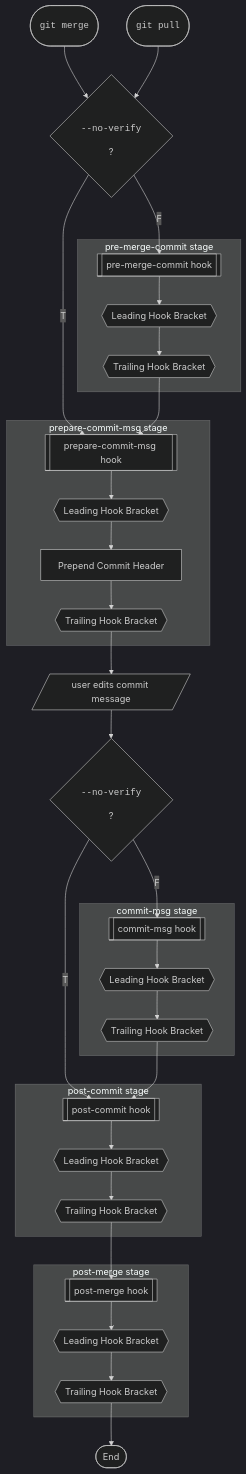
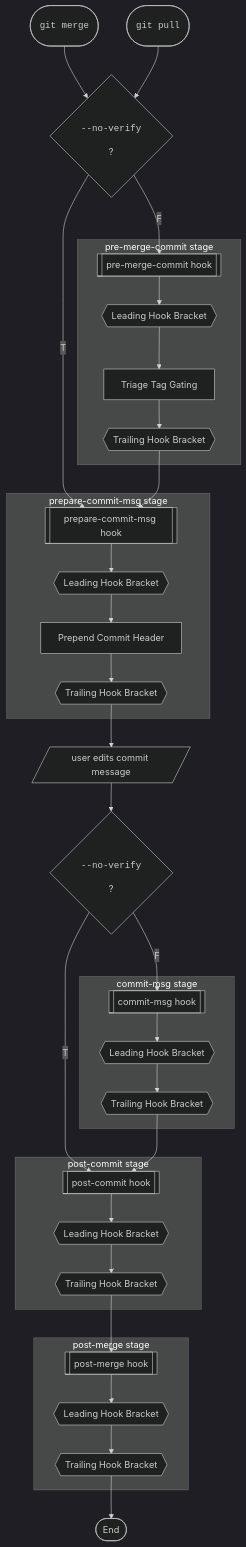
The second of 3 diagrams in docs/chain_doc.md (kami-lel/hupy), drawn with Mermaid (dark theme) before and after one commit. The commit also changed other lines of this file and 3 other files, not shown here.

First line of the commit message:
add triage tag gating to pre-merge commit stage

````diff
--- a/docs/chain_doc.md
+++ b/docs/chain_doc.md
@@ -171,47 +171,48 @@
 ```mermaid
 flowchart TD
     A1([<pre><code>git merge</code></pre>])
     A2([<pre><code>git pull</code></pre>])
 
     G{<pre><code>--no-verify</code></pre>?}
 
     A1 --> G
     A2 --> G
 
     subgraph premerge [pre-merge-commit stage]
         C[[pre-merge-commit hook]] --> C1{{Leading Hook Bracket}}
-        C1 --> C2{{Trailing Hook Bracket}}
+        C1 --> Cttg[Triage Tag Gating]
+        Cttg --> C2{{Trailing Hook Bracket}}
     end
     G -->|F| C
 
     subgraph preparemsg [prepare-commit-msg stage]
         F[[prepare-commit-msg hook]] --> F1{{Leading Hook Bracket}}
         F1 --> Fmsg[Prepend Commit Header]
         Fmsg --> F2{{Trailing Hook Bracket}}
     end
     G -->|T| F
     C2 --> F
 
     F2 --> EditStep[/user edits commit message/]
     EditStep --> H{<pre><code>--no-verify</code></pre>?}
 
     subgraph commitmsg [commit-msg stage]
         I[[commit-msg hook]] --> I1{{Leading Hook Bracket}}
         I1 --> I2{{Trailing Hook Bracket}}
     end
     H -->|F| I
 
     subgraph postcommit [post-commit stage]
         L[[post-commit hook]] --> L1{{Leading Hook Bracket}}
         L1 --> L2{{Trailing Hook Bracket}}
     end
     H -->|T| L
     I2 --> L
 
     subgraph postmerge [post-merge stage]
         PM3[[post-merge hook]] --> PM1{{Leading Hook Bracket}}
         PM1 --> PM2{{Trailing Hook Bracket}}
     end
     L2 --> PM3
     PM2 --> Z4([End])
 ```
````
